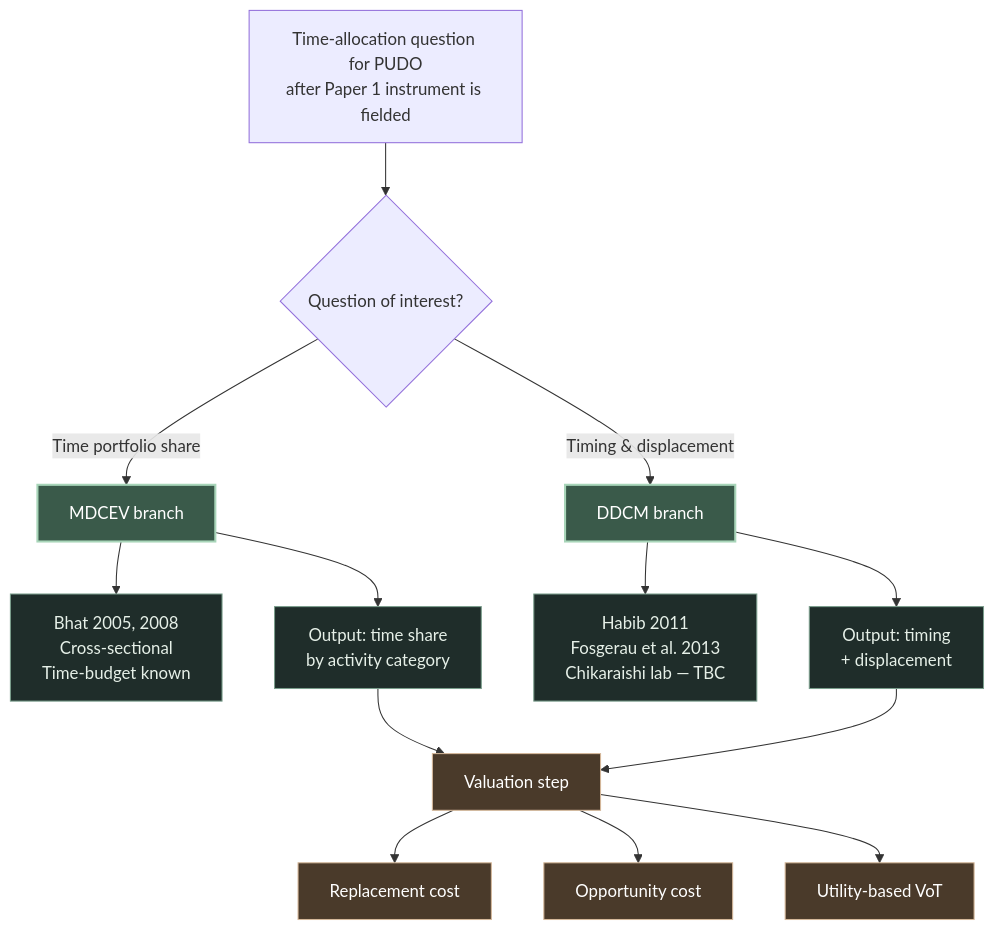
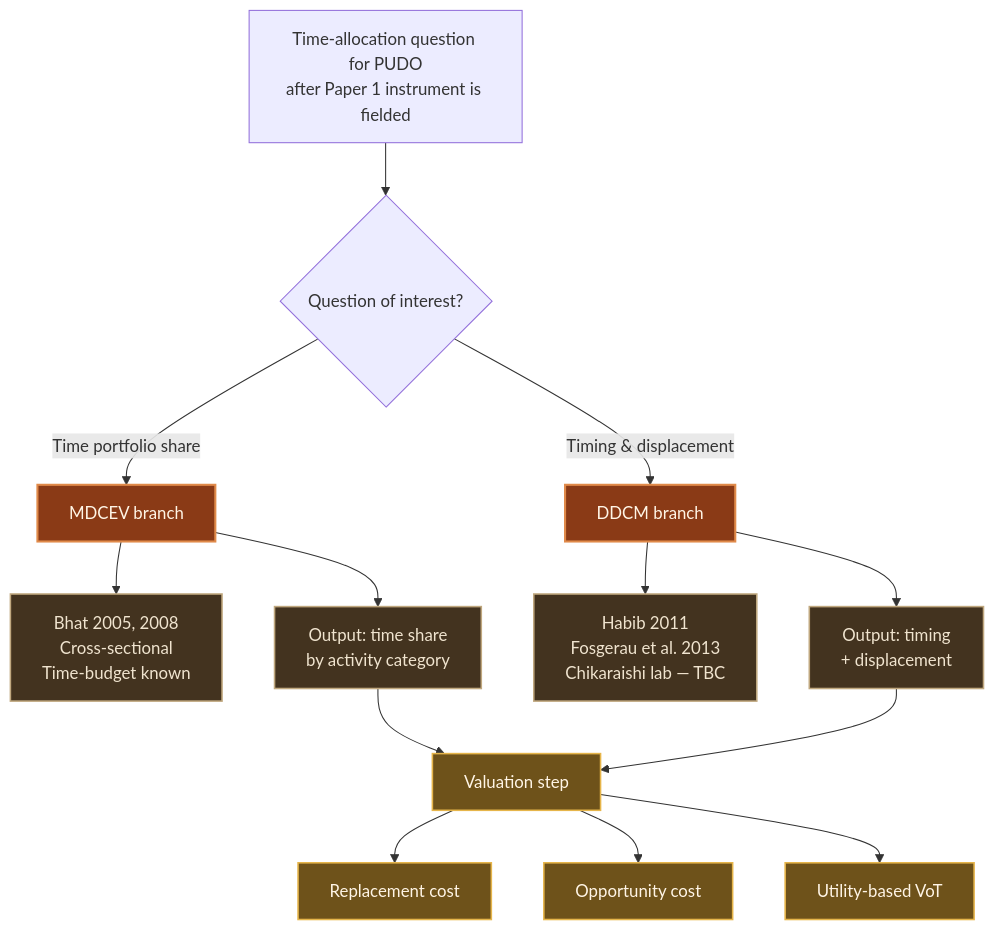
The fifth of 10 diagrams in meetings/20260608.qmd (rizqrama/rizqrama.github.io), drawn with Mermaid before and after one commit. The commit also changed other lines of this file and 12 other files, not shown here.

````diff
--- a/meetings/20260608.qmd
+++ b/meetings/20260608.qmd
@@ -432,26 +431,26 @@
 ```{mermaid}
 flowchart TB
     Q[Time-allocation question for PUDO<br/>after Paper 1 instrument is fielded]
     Q --> QA{Question of interest?}
 
     QA -->|Time portfolio share| MDCEV[MDCEV branch]
     QA -->|"Timing & displacement"| DDCM[DDCM branch]
 
     MDCEV --> M1[Bhat 2005, 2008<br/>Cross-sectional<br/>Time-budget known]
     MDCEV --> M2[Output: time share<br/>by activity category]
     DDCM --> D1a[Habib 2011<br/>Fosgerau et al. 2013<br/>Chikaraishi lab — TBC]
     DDCM --> D2a[Output: timing<br/>+ displacement]
 
     M2 --> V[Valuation step]
     D2a --> V
     V --> V1[Replacement cost]
     V --> V2[Opportunity cost]
     V --> V3[Utility-based VoT]
 
-    classDef branch fill:#3a5a4a,stroke:#a8d5b9,stroke-width:2px,color:#ffffff
-    classDef detail fill:#1f2d2a,stroke:#7a9e8c,stroke-width:1px,color:#e6f0e8
-    classDef val fill:#4a3a2a,stroke:#d5b89a,stroke-width:1px,color:#ffffff
+    classDef branch fill:#8a3a16,stroke:#e08a4a,stroke-width:2px,color:#fff5e6
+    classDef detail fill:#43331f,stroke:#c0a87f,stroke-width:1.5px,color:#f0e4cf
+    classDef val fill:#6e521a,stroke:#e6b54a,stroke-width:1.5px,color:#fff5e6
     class MDCEV,DDCM branch
     class M1,M2,D1a,D2a detail
     class V,V1,V2,V3 val
 ```
````
